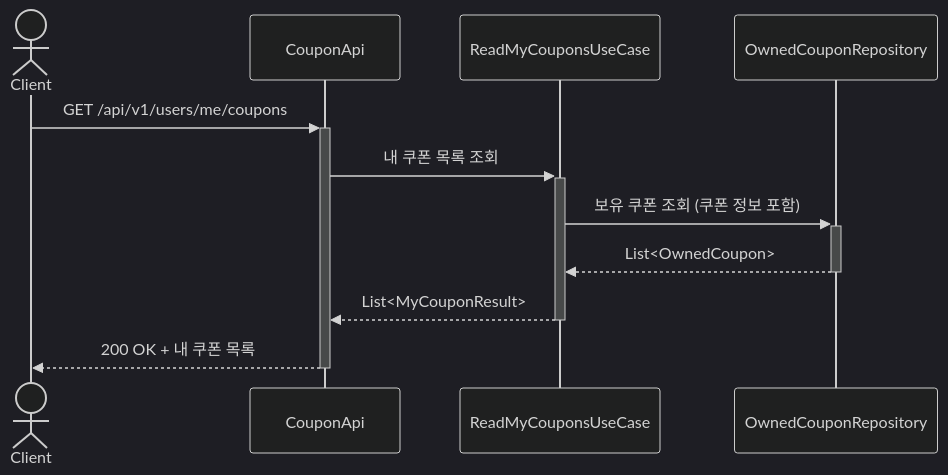
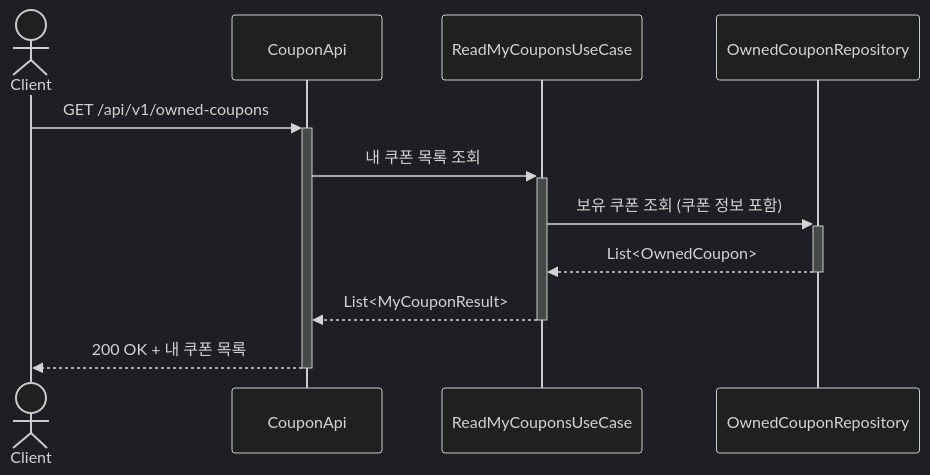
Diagram 26 of 31 in .docs/design/02-sequence-diagrams.md (Loopers-dev-lab/loop-pack-be-l2-vol3-java), drawn with Mermaid (dark theme) before and after one commit. The commit also changed other lines of this file and 8 other files, not shown here.

````diff
--- a/.docs/design/02-sequence-diagrams.md
+++ b/.docs/design/02-sequence-diagrams.md
@@ -889,16 +882,16 @@
 ```mermaid
 sequenceDiagram
     actor Client
     participant CouponApi
     participant ReadMyCouponsUseCase
     participant OwnedCouponRepository
 
-    Client ->>+ CouponApi: GET /api/v1/users/me/coupons
+    Client ->>+ CouponApi: GET /api/v1/owned-coupons
     CouponApi ->>+ ReadMyCouponsUseCase: 내 쿠폰 목록 조회
 
     ReadMyCouponsUseCase ->>+ OwnedCouponRepository: 보유 쿠폰 조회 (쿠폰 정보 포함)
     OwnedCouponRepository -->>- ReadMyCouponsUseCase: List<OwnedCoupon>
 
     ReadMyCouponsUseCase -->>- CouponApi: List<MyCouponResult>
     CouponApi -->>- Client: 200 OK + 내 쿠폰 목록
 ```
````
